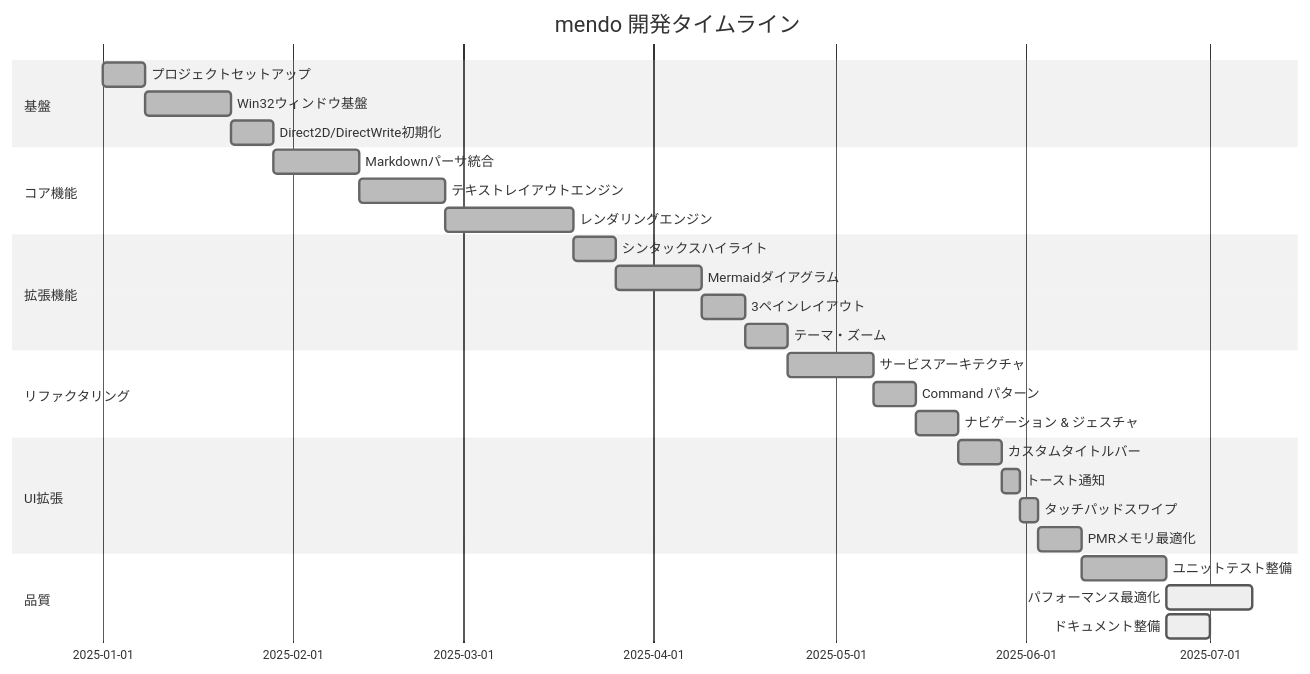
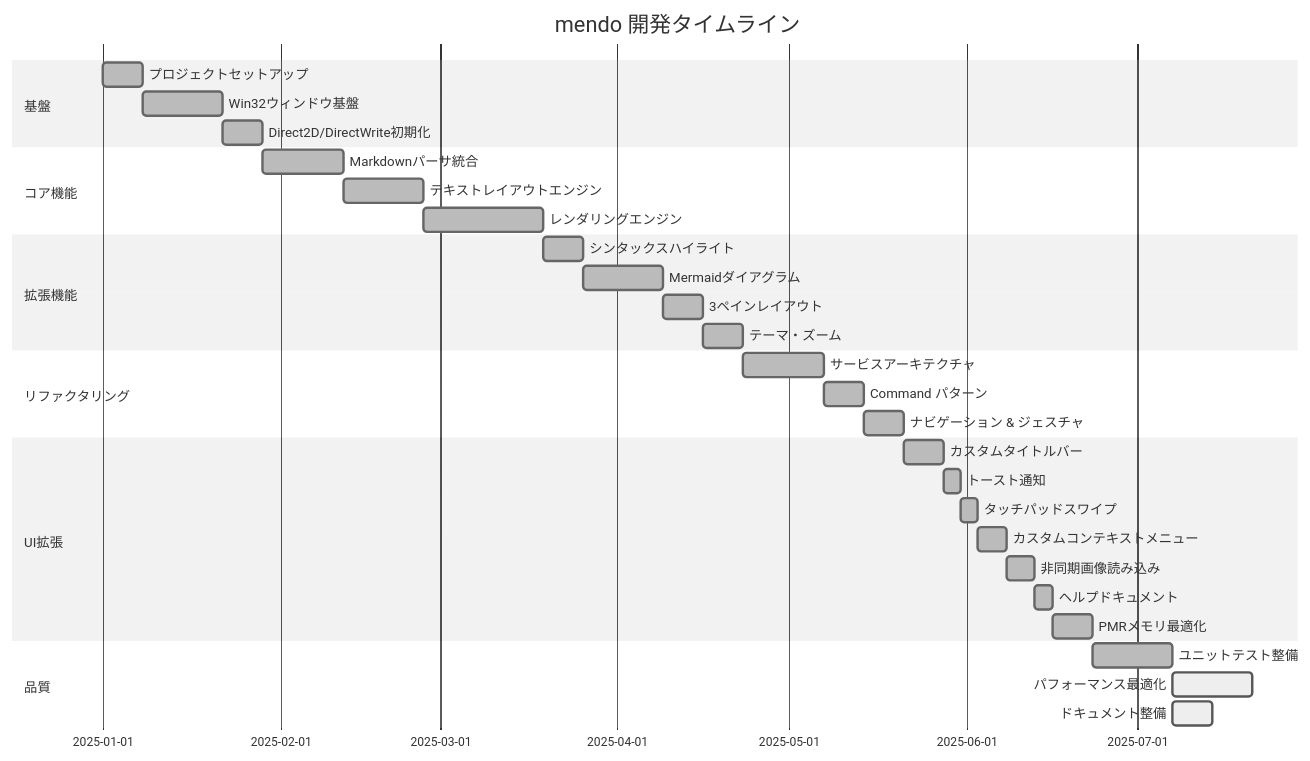
Diagram 28 of 28 in example/test.md (tanaton/mendo), drawn with Mermaid (neutral theme) before and after one commit. The commit also changed other lines of this file, not shown here.

````diff
--- a/example/test.md
+++ b/example/test.md
@@ -2737,36 +2936,39 @@
 ```mermaid
 gantt
     title mendo 開発タイムライン
     dateFormat  YYYY-MM-DD
     section 基盤
     プロジェクトセットアップ      :done, a1, 2025-01-01, 7d
     Win32ウィンドウ基盤           :done, a2, after a1, 14d
     Direct2D/DirectWrite初期化    :done, a3, after a2, 7d
 
     section コア機能
     Markdownパーサ統合            :done, b1, after a3, 14d
     テキストレイアウトエンジン    :done, b2, after b1, 14d
     レンダリングエンジン          :done, b3, after b2, 21d
 
     section 拡張機能
     シンタックスハイライト        :done, c1, after b3, 7d
     Mermaidダイアグラム           :done, c2, after c1, 14d
     3ペインレイアウト             :done, c3, after c2, 7d
     テーマ・ズーム                :done, c4, after c3, 7d
 
     section リファクタリング
     サービスアーキテクチャ        :done, e1, after c4, 14d
     Command パターン              :done, e2, after e1, 7d
     ナビゲーション & ジェスチャ   :done, e3, after e2, 7d
 
     section UI拡張
     カスタムタイトルバー          :done, f1, after e3, 7d
     トースト通知                  :done, f2, after f1, 3d
     タッチパッドスワイプ          :done, f3, after f2, 3d
-    PMRメモリ最適化               :done, f4, after f3, 7d
+    カスタムコンテキストメニュー  :done, f4, after f3, 5d
+    非同期画像読み込み            :done, f5, after f4, 5d
+    ヘルプドキュメント            :done, f6, after f5, 3d
+    PMRメモリ最適化               :done, f7, after f6, 7d
 
     section 品質
-    ユニットテスト整備            :done, d1, after f4, 14d
+    ユニットテスト整備            :done, d1, after f7, 14d
     パフォーマンス最適化          :active, d2, after d1, 14d
     ドキュメント整備              :active, d3, after d1, 7d
 ```
````
